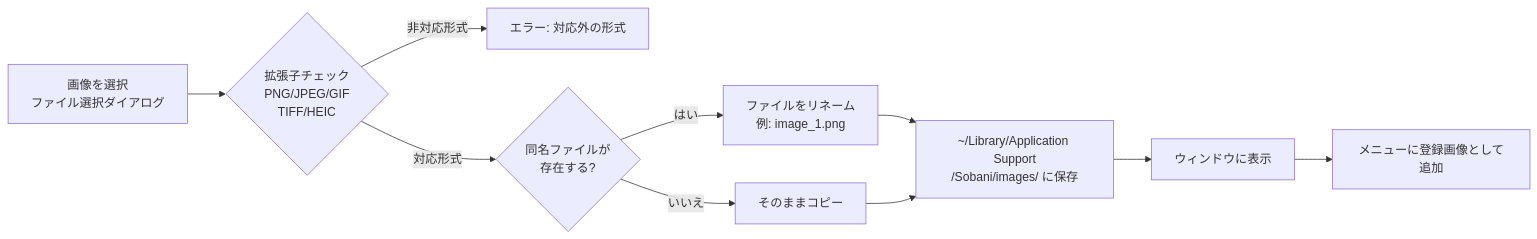
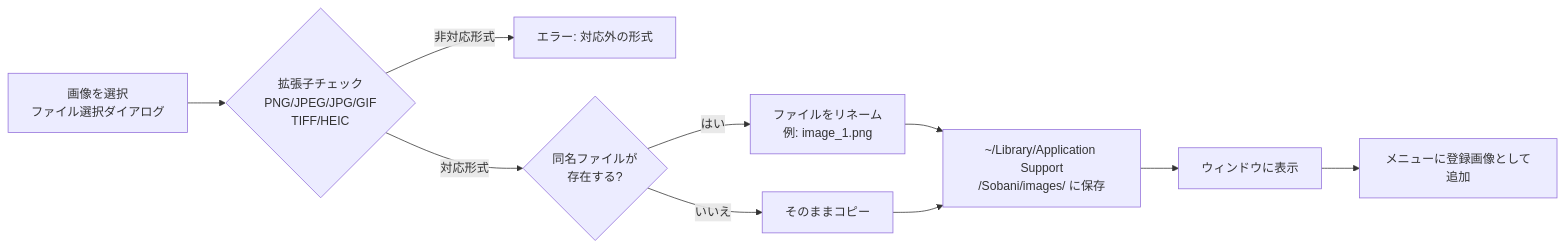
The fourth of 4 diagrams in docs/guide/usage.md (shiroemons/sobani), drawn with Mermaid before and after one commit. The commit also changed other lines of this file, not shown here.

````diff
--- a/docs/guide/usage.md
+++ b/docs/guide/usage.md
@@ -112,12 +123,12 @@
 ```mermaid
 flowchart LR
-    A[画像を選択\nファイル選択ダイアログ] --> B{拡張子チェック\nPNG/JPEG/GIF\nTIFF/HEIC}
+    A[画像を選択\nファイル選択ダイアログ] --> B{拡張子チェック\nPNG/JPEG/JPG/GIF\nTIFF/HEIC}
     B -- 非対応形式 --> Z[エラー: 対応外の形式]
     B -- 対応形式 --> C{同名ファイルが\n存在する?}
     C -- はい --> D[ファイルをリネーム\n例: image_1.png]
     C -- いいえ --> E[そのままコピー]
     D --> F[~/Library/Application Support\n/Sobani/images/ に保存]
     E --> F
     F --> G[ウィンドウに表示]
     G --> H[メニューに登録画像として追加]
 ```
````
